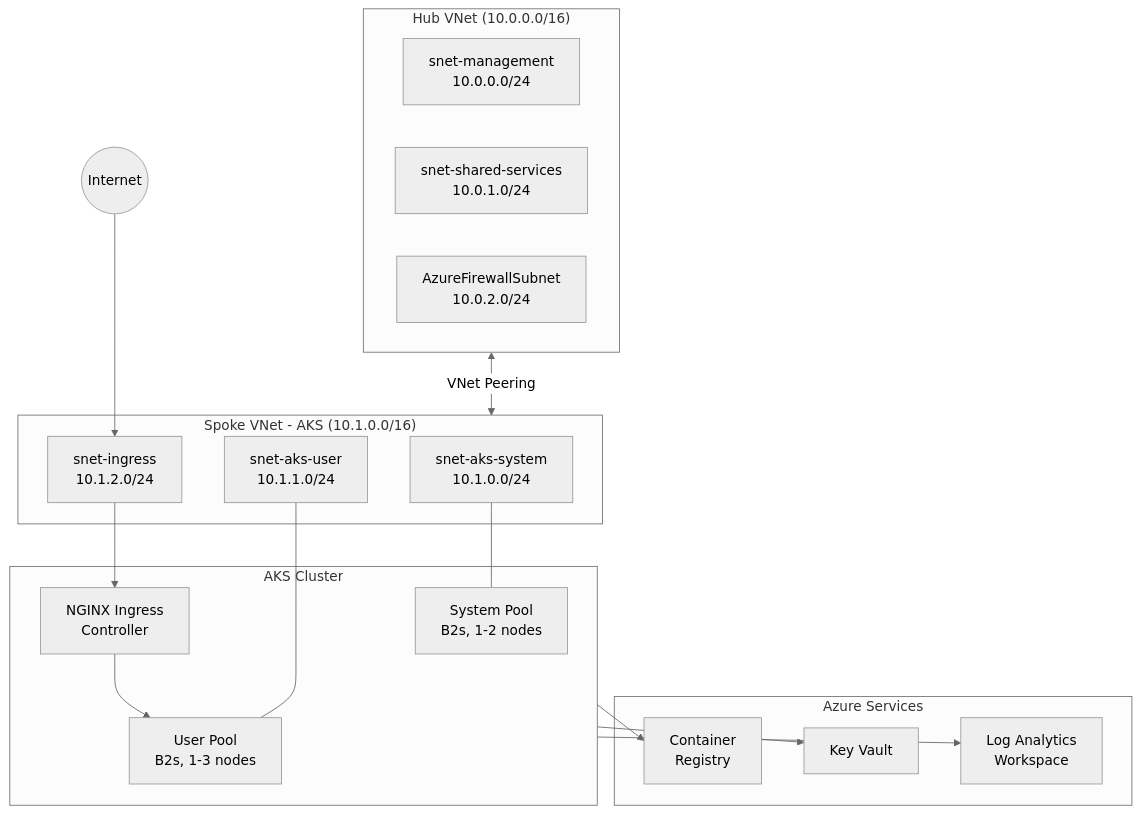
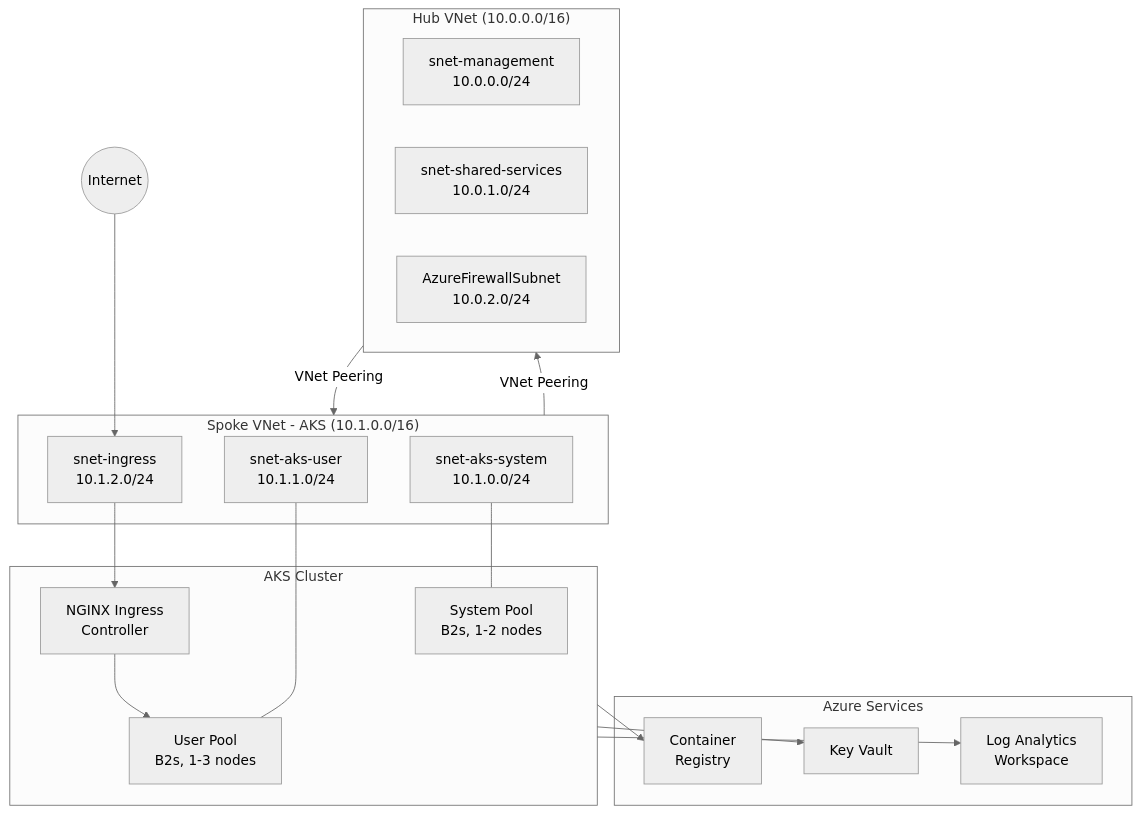
Before and after one commit to Jamonygr/aks-landing-zone-lab: the first of 2 diagrams in docs/architecture.md, drawn with Mermaid (neutral theme). The commit also changed 1 other file, not shown here.

Commit message:
fix: replace unsupported Mermaid <--> syntax with two directional arrows
GitHub's Mermaid renderer doesn't support bidirectional <--> edges.
Replace with two separate --> arrows in architecture.md and
wiki network-topology.md.

````diff
--- a/docs/architecture.md
+++ b/docs/architecture.md
@@ -9,40 +9,41 @@
 ```mermaid
 graph TB
     Internet((Internet))
 
     subgraph Hub["Hub VNet (10.0.0.0/16)"]
         MGT["snet-management<br/>10.0.0.0/24"]
         SS["snet-shared-services<br/>10.0.1.0/24"]
         FW["AzureFirewallSubnet<br/>10.0.2.0/24"]
     end
 
     subgraph Spoke["Spoke VNet - AKS (10.1.0.0/16)"]
         SYS["snet-aks-system<br/>10.1.0.0/24"]
         USR["snet-aks-user<br/>10.1.1.0/24"]
         ING["snet-ingress<br/>10.1.2.0/24"]
     end
 
     subgraph AKS["AKS Cluster"]
         SP["System Pool<br/>B2s, 1-2 nodes"]
         UP["User Pool<br/>B2s, 1-3 nodes"]
         NGINX["NGINX Ingress<br/>Controller"]
     end
 
     subgraph Services["Azure Services"]
         ACR["Container<br/>Registry"]
         KV["Key Vault"]
         LAW["Log Analytics<br/>Workspace"]
     end
 
     Internet --> ING
     ING --> NGINX
     NGINX --> UP
     SYS --- SP
     USR --- UP
 
-    Hub <-->|VNet Peering| Spoke
+    Hub -->|VNet Peering| Spoke
+    Spoke -->|VNet Peering| Hub
 
     AKS --> ACR
     AKS --> KV
     AKS --> LAW
 ```
````
